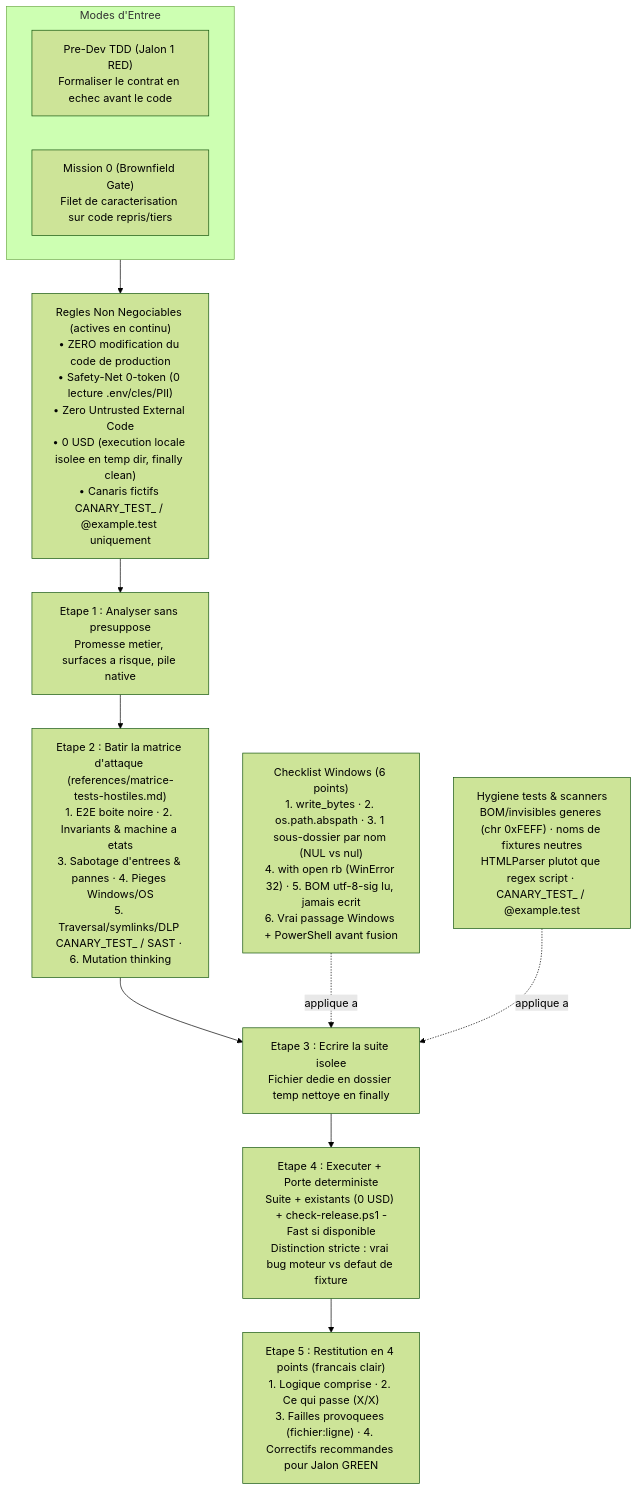
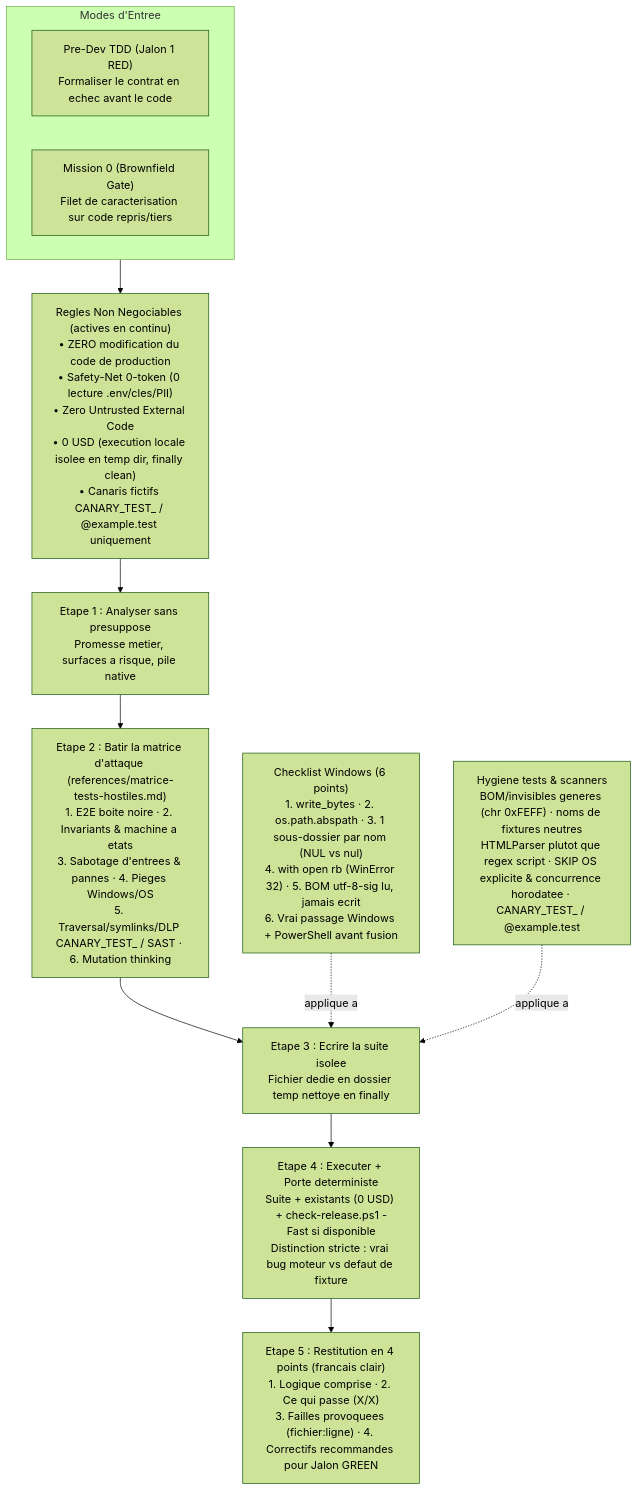
The diagram in skills/qa-hostile-tests/references/processus.md (Melkyzedec/Toolbox), drawn with Mermaid (forest theme) before and after one commit. The commit also changed 5 other files, not shown here.

Commit message:
docs(skills): Mode 0 architecture soustractive, grille anti-biais LLM 5 regles, SKIP OS et concurrence horodatee (#13)

````diff
--- a/skills/qa-hostile-tests/references/processus.md
+++ b/skills/qa-hostile-tests/references/processus.md
@@ -9,21 +9,21 @@
 ```mermaid
 flowchart TB
     subgraph Entry["Modes d'Entree"]
         M_TDD["Pre-Dev TDD (Jalon 1 RED)\nFormaliser le contrat en echec avant le code"]
         M_BG["Mission 0 (Brownfield Gate)\nFilet de caracterisation sur code repris/tiers"]
     end
 
     GUARD["Regles Non Negociables (actives en continu)\n• ZERO modification du code de production\n• Safety-Net 0-token (0 lecture .env/cles/PII)\n• Zero Untrusted External Code\n• 0 USD (execution locale isolee en temp dir, finally clean)\n• Canaris fictifs CANARY_TEST_ / @example.test uniquement"]
 
     S1["Etape 1 : Analyser sans presuppose\nPromesse metier, surfaces a risque, pile native"]
     S2["Etape 2 : Batir la matrice d'attaque (references/matrice-tests-hostiles.md)\n1. E2E boite noire · 2. Invariants & machine a etats\n3. Sabotage d'entrees & pannes · 4. Pieges Windows/OS\n5. Traversal/symlinks/DLP CANARY_TEST_ / SAST · 6. Mutation thinking"]
     S3["Etape 3 : Ecrire la suite isolee\nFichier dedie en dossier temp nettoye en finally"]
     WIN["Checklist Windows (6 points)\n1. write_bytes · 2. os.path.abspath · 3. 1 sous-dossier par nom (NUL vs nul)\n4. with open rb (WinError 32) · 5. BOM utf-8-sig lu, jamais ecrit\n6. Vrai passage Windows + PowerShell avant fusion"]
-    HYG["Hygiene tests & scanners\nBOM/invisibles generes (chr 0xFEFF) · noms de fixtures neutres\nHTMLParser plutot que regex script · CANARY_TEST_ / @example.test"]
+    HYG["Hygiene tests & scanners\nBOM/invisibles generes (chr 0xFEFF) · noms de fixtures neutres\nHTMLParser plutot que regex script · SKIP OS explicite & concurrence horodatee · CANARY_TEST_ / @example.test"]
     S4["Etape 4 : Executer + Porte deterministe\nSuite + existants (0 USD) + check-release.ps1 -Fast si disponible\nDistinction stricte : vrai bug moteur vs defaut de fixture"]
     S5["Etape 5 : Restitution en 4 points (francais clair)\n1. Logique comprise · 2. Ce qui passe (X/X)\n3. Failles provoquees (fichier:ligne) · 4. Correctifs recommandes pour Jalon GREEN"]
 
     Entry --> GUARD --> S1 --> S2 --> S3 --> S4 --> S5
     WIN -.->|"applique a"| S3
     HYG -.->|"applique a"| S3
 ```
````
